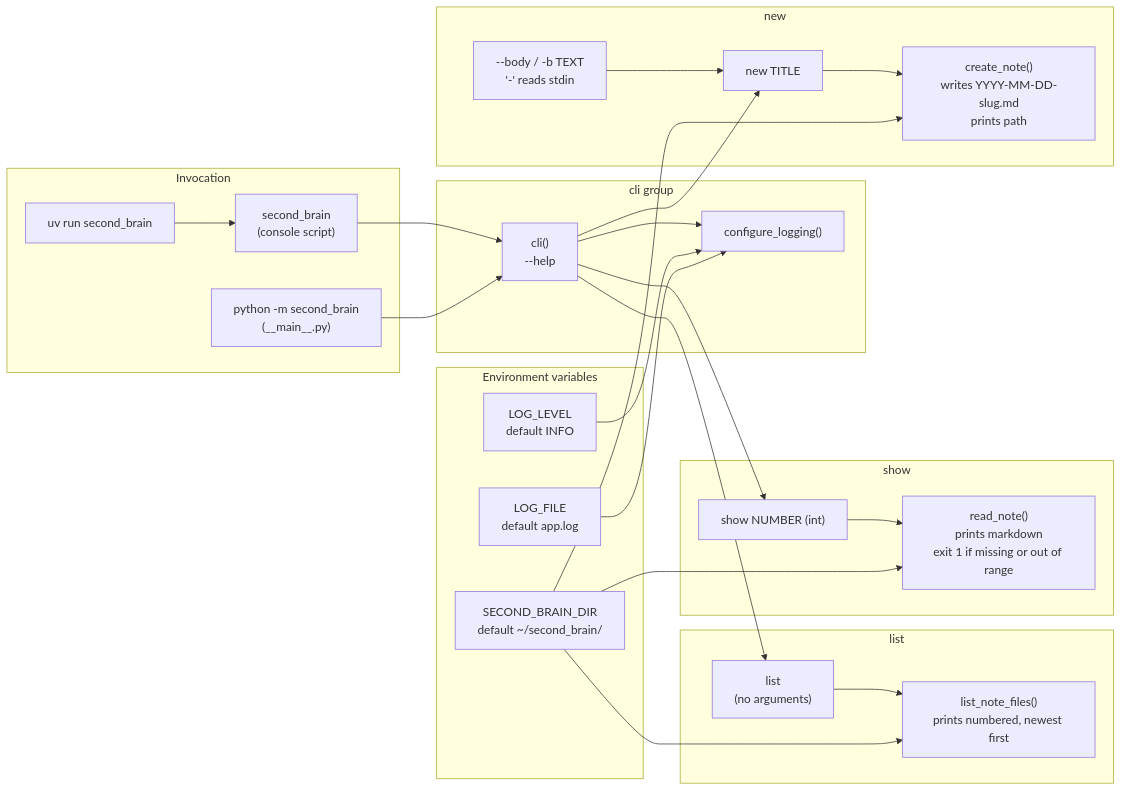
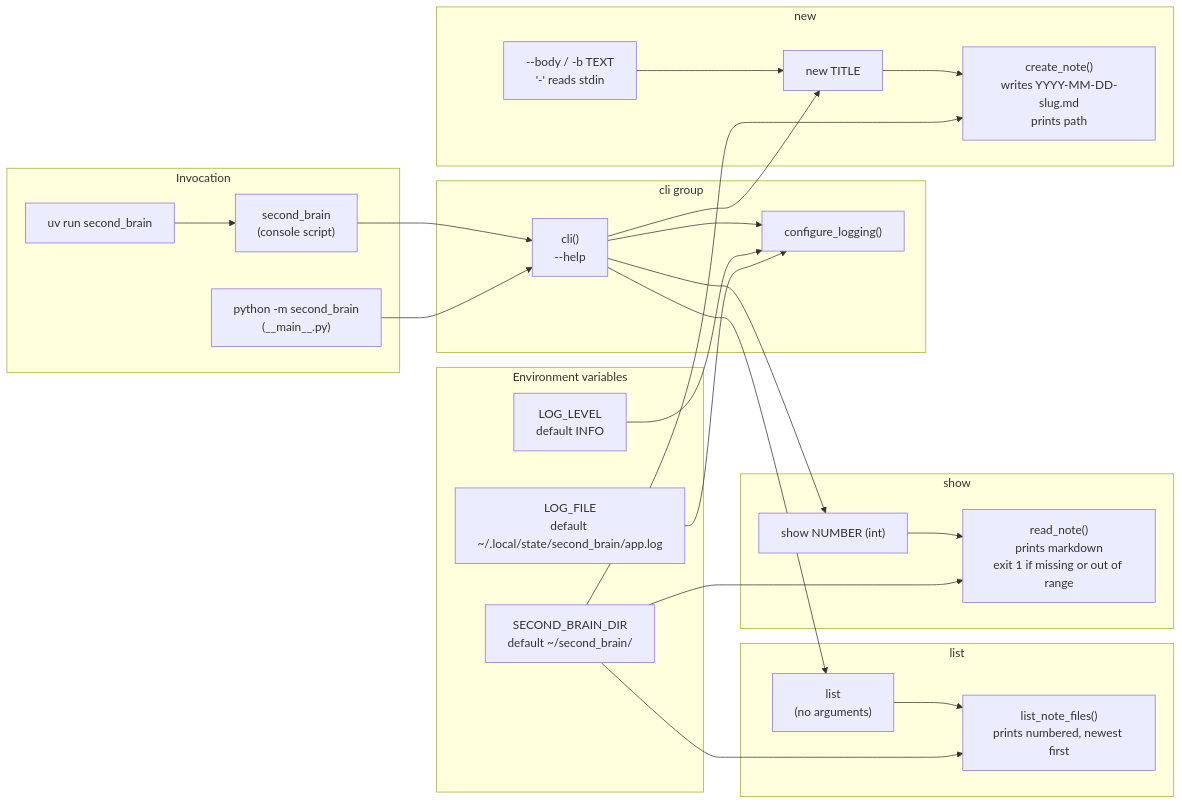
One commit to svenschmidt75/second-brain changed the diagram in docs/diagram-entrypoints.md. Above: the diagram before and after it, drawn with Mermaid. The commit also changed 9 other files, not shown here.

````diff
--- a/docs/diagram-entrypoints.md
+++ b/docs/diagram-entrypoints.md
@@ -7,55 +7,55 @@
 ```mermaid
 flowchart LR
     subgraph start["Invocation"]
         e1["second_brain<br/>(console script)"]
         e2["python -m second_brain<br/>(__main__.py)"]
         e3["uv run second_brain"]
     end
 
     subgraph env["Environment variables"]
         v_level["LOG_LEVEL<br/>default INFO"]
-        v_file["LOG_FILE<br/>default app.log"]
+        v_file["LOG_FILE<br/>default ~/.local/state/second_brain/app.log"]
         v_dir["SECOND_BRAIN_DIR<br/>default ~/second_brain/"]
     end
 
     subgraph group["cli group"]
         grp["cli()<br/>--help"]
         logcfg["configure_logging()"]
     end
 
     subgraph c_new["new"]
         new_cmd["new TITLE"]
         new_body["--body / -b TEXT<br/>'-' reads stdin"]
         new_impl["create_note()<br/>writes YYYY-MM-DD-slug.md<br/>prints path"]
     end
 
     subgraph c_list["list"]
         list_cmd["list<br/>(no arguments)"]
         list_impl["list_note_files()<br/>prints numbered, newest first"]
     end
 
     subgraph c_show["show"]
         show_cmd["show NUMBER (int)"]
         show_impl["read_note()<br/>prints markdown<br/>exit 1 if missing or out of range"]
     end
 
     e1 --> grp
     e2 --> grp
     e3 --> e1
     grp --> logcfg
     v_level --> logcfg
     v_file --> logcfg
 
     grp --> new_cmd
     grp --> list_cmd
     grp --> show_cmd
 
     new_body --> new_cmd
     new_cmd --> new_impl
     list_cmd --> list_impl
     show_cmd --> show_impl
 
     v_dir --> new_impl
     v_dir --> list_impl
     v_dir --> show_impl
 ```
````
